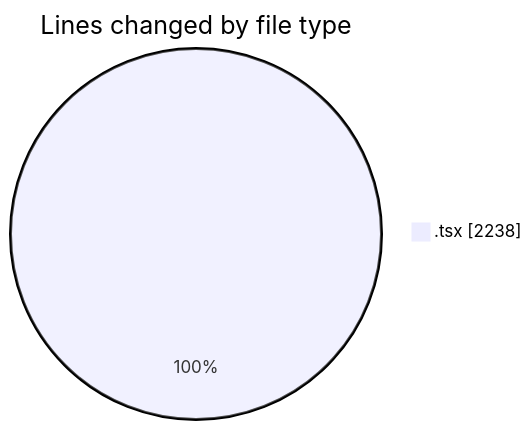
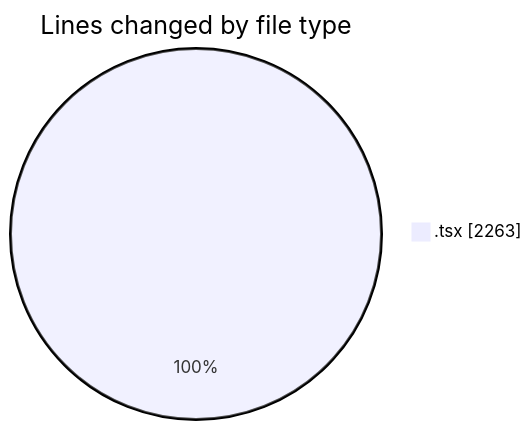
Before and after one commit to nxtqubesakshisongat/code-tracking: the first of 2 diagrams in 2026-03-05/nxtqube_webapp/README.md, drawn with Mermaid. The commit also changed other lines of this file and 1 other file, not shown here.

````diff
--- a/2026-03-05/nxtqube_webapp/README.md
+++ b/2026-03-05/nxtqube_webapp/README.md
@@ -21,5 +21,5 @@
 ```mermaid
 pie showData
 title Lines changed by file type
-".tsx" : 2238
+".tsx" : 2263
 ```
````
